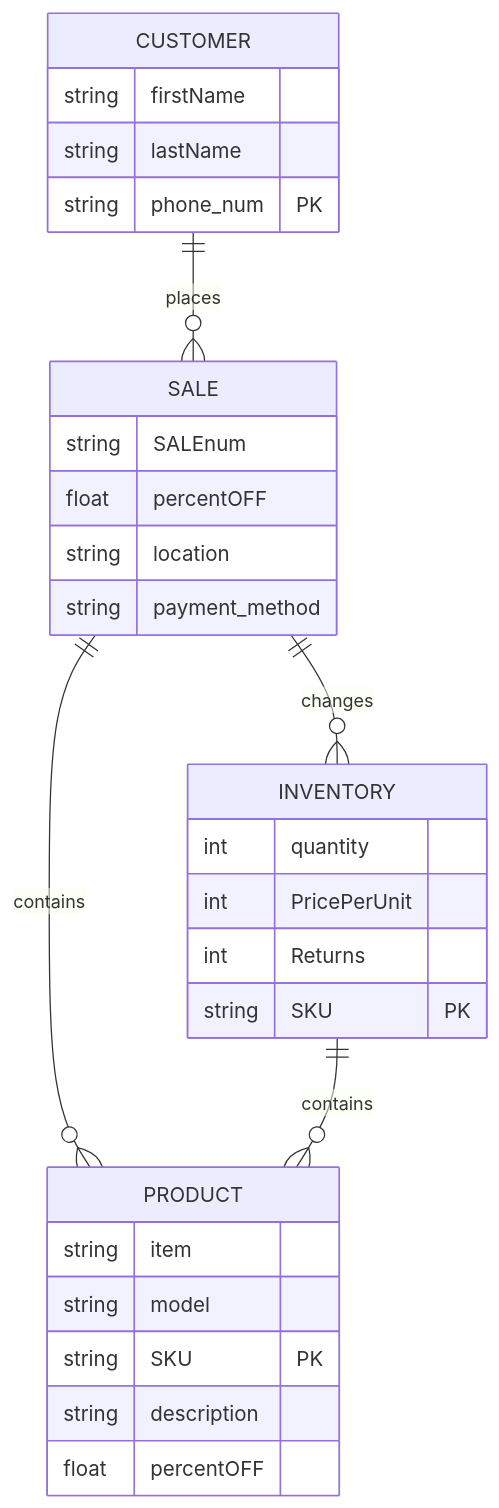
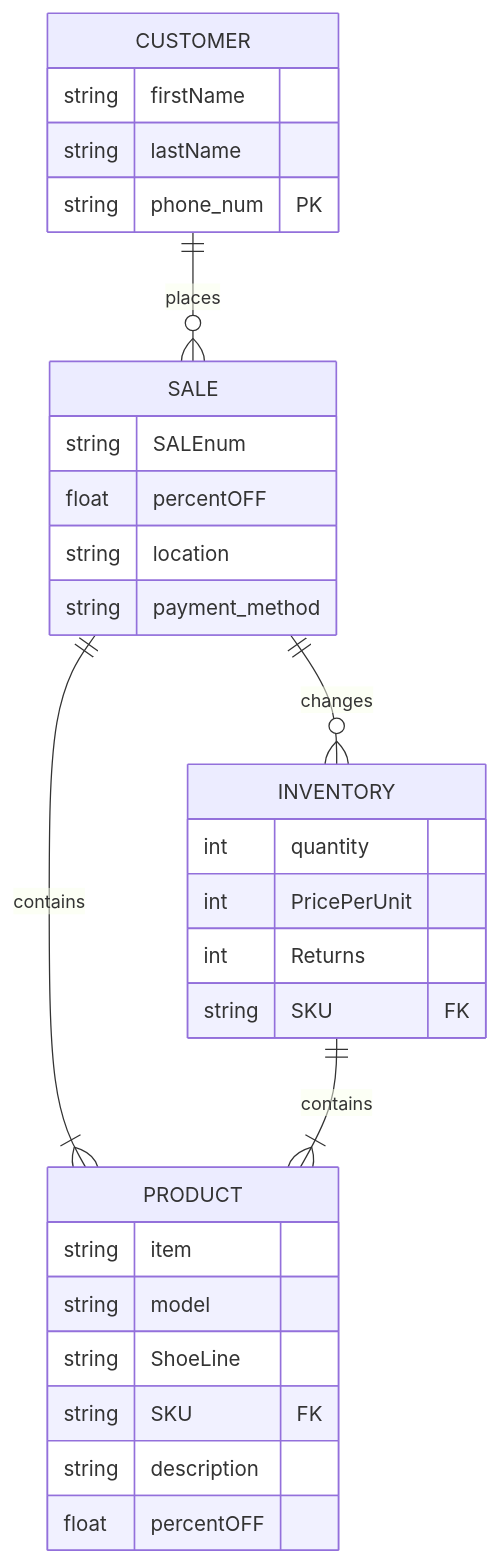
One commit to Neel-Devineni1/Neel-Devineni1.github.io changed the diagram in NikeStore_ERD.md. Above: the diagram before and after it, drawn with Mermaid. The commit also changed other lines of this file and 1 other file, not shown here.

````diff
--- a/NikeStore_ERD.md
+++ b/NikeStore_ERD.md
@@ -1,32 +1,33 @@
 ```mermaid
 erDiagram
 
    PRODUCT{
     string item
     string model
-    string SKU PK
+    string ShoeLine
+    string SKU FK
     string description
     float percentOFF
    }
 CUSTOMER ||--o{ SALE : places
    CUSTOMER{
     string firstName
     string lastName
     string phone_num PK
    }
-SALE ||--o{PRODUCT : contains
+SALE ||--|{ PRODUCT : contains
 SALE ||--o{INVENTORY : changes
    SALE{
     string SALEnum
     float percentOFF
     string location
     string payment_method
    }
-INVENTORY ||--o{PRODUCT : contains
+INVENTORY ||--|{ PRODUCT : contains
    INVENTORY{
     int quantity
     int PricePerUnit
     int Returns
-    string SKU PK
+    string SKU FK
    }
 ```
````
